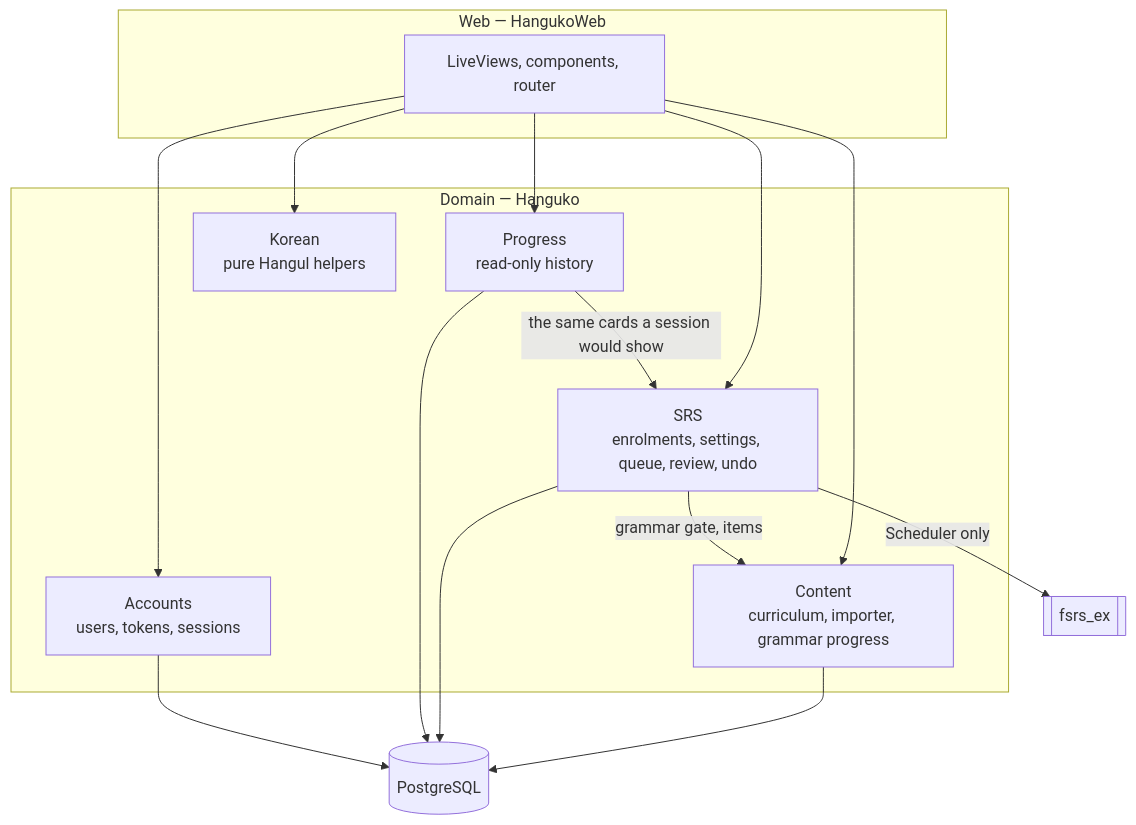
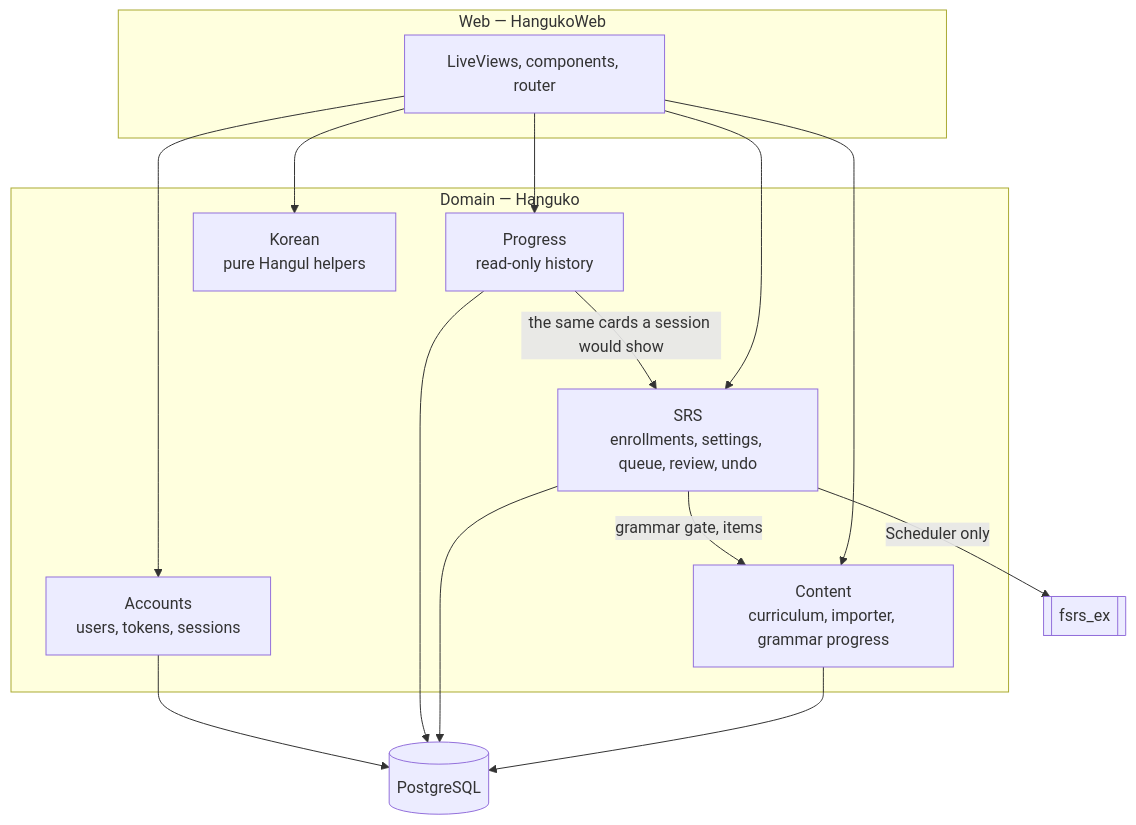
Before and after one commit to dylangleason/hanguko: the third of 3 diagrams in guides/architecture.md, drawn with Mermaid. The commit also changed other lines of this file and 9 other files, not shown here.

````diff
--- a/guides/architecture.md
+++ b/guides/architecture.md
@@ -91,30 +91,30 @@
 ```mermaid
 flowchart TB
   subgraph webl["Web — HangukoWeb"]
     lv[LiveViews, components, router]
   end
 
   subgraph domain["Domain — Hanguko"]
     content["Content<br/>curriculum, importer, grammar progress"]
-    srs["SRS<br/>enrolments, settings, queue, review, undo"]
+    srs["SRS<br/>enrollments, settings, queue, review, undo"]
     progress["Progress<br/>read-only history"]
     korean["Korean<br/>pure Hangul helpers"]
     accounts["Accounts<br/>users, tokens, sessions"]
   end
 
   fsrs[["fsrs_ex"]]
   db[("PostgreSQL")]
 
   lv --> content
   lv --> srs
   lv --> progress
   lv --> korean
   lv --> accounts
   srs -->|"grammar gate, items"| content
   progress -->|"the same cards a session would show"| srs
   srs -->|"Scheduler only"| fsrs
   content --> db
   srs --> db
   progress --> db
   accounts --> db
 ```
````
